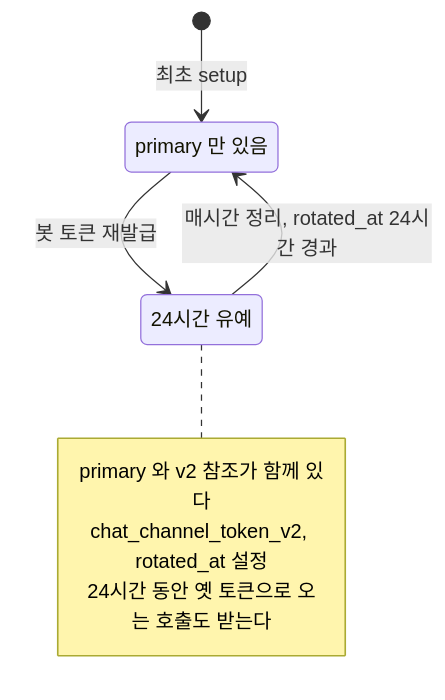
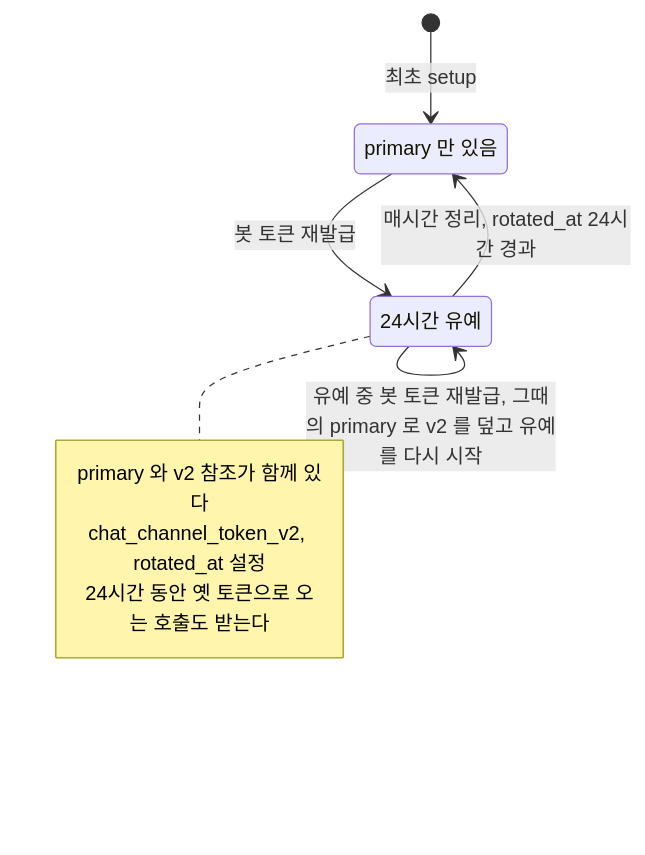
The third of 3 diagrams in spec/CLE-CHAT/CLE-CHAT-DATA.md (worker-ants/clemvion), drawn with Mermaid before and after one commit. The commit also changed other lines of this file and 32 other files, not shown here.

````diff
--- a/spec/CLE-CHAT/CLE-CHAT-DATA.md
+++ b/spec/CLE-CHAT/CLE-CHAT-DATA.md
@@ -334,13 +340,14 @@
 ```mermaid
 stateDiagram-v2
   state "primary 만 있음" as PrimaryOnly
   state "24시간 유예" as Grace
   [*] --> PrimaryOnly: 최초 setup
   PrimaryOnly --> Grace: 봇 토큰 재발급
+  Grace --> Grace: 유예 중 봇 토큰 재발급, 그때의 primary 로 v2 를 덮고 유예를 다시 시작
   Grace --> PrimaryOnly: 매시간 정리, rotated_at 24시간 경과
   note right of Grace
     primary 와 v2 참조가 함께 있다
     chat_channel_token_v2, rotated_at 설정
     24시간 동안 옛 토큰으로 오는 호출도 받는다
   end note
 ```
````
